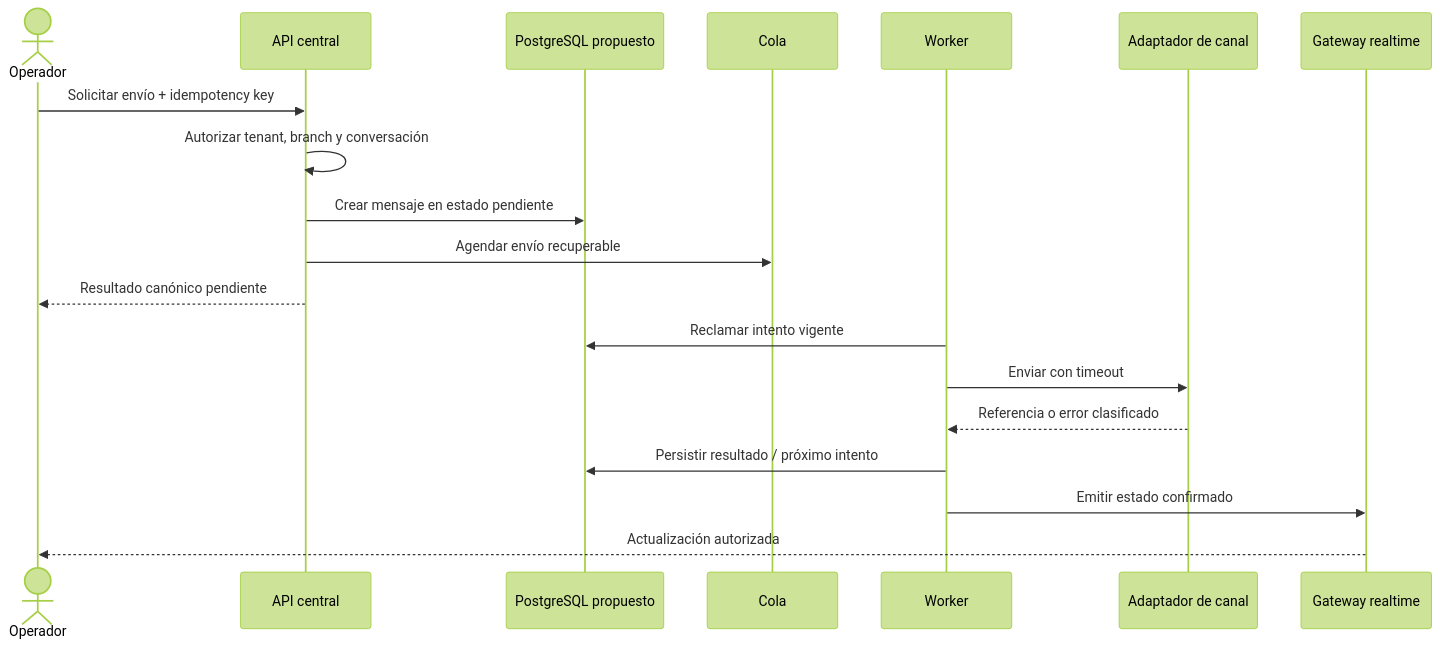
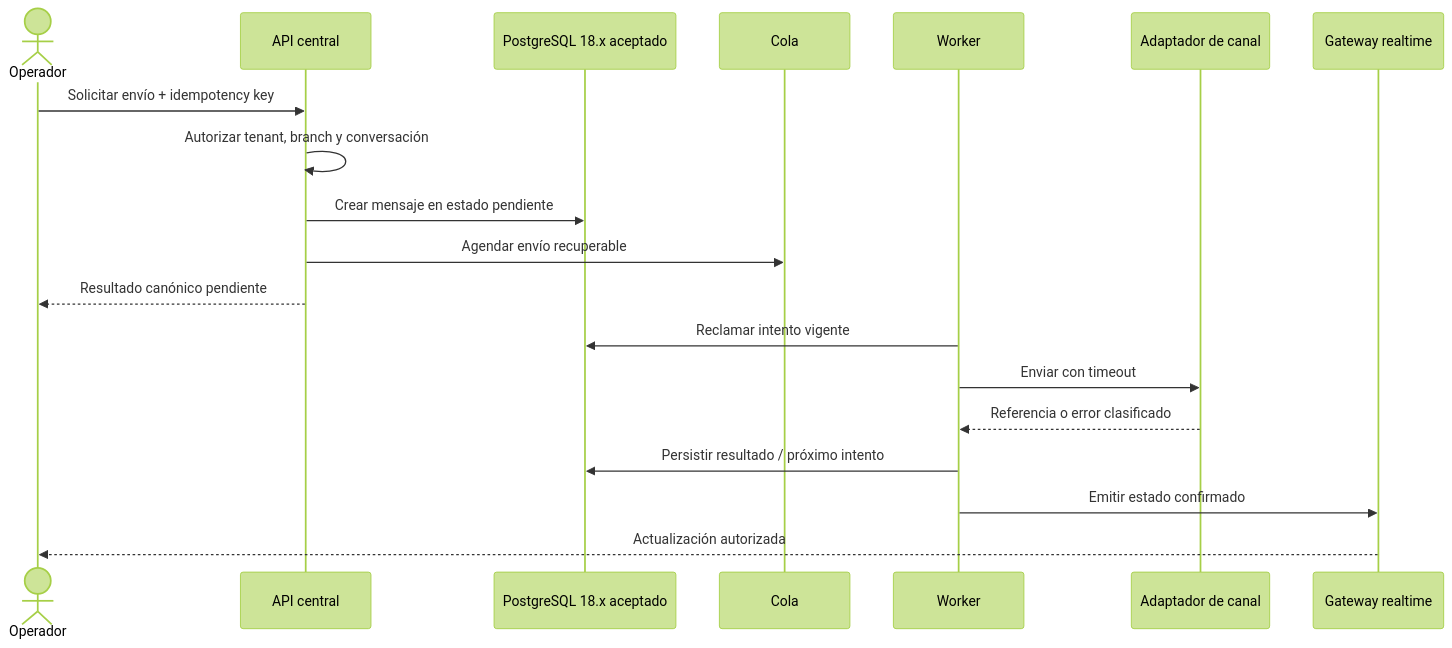
The second of 2 diagrams in docs/architecture/REALTIME_AND_MESSAGING.md (luisgtzaviles/SrTaller-2.0), drawn with Mermaid (forest theme) before and after one commit. The commit also changed other lines of this file and 54 other files, not shown here.

Commit message:
docs: accept PostgreSQL persistence baseline

````diff
--- a/docs/architecture/REALTIME_AND_MESSAGING.md
+++ b/docs/architecture/REALTIME_AND_MESSAGING.md
@@ -62,22 +62,22 @@
 ```mermaid
 sequenceDiagram
     actor User as Operador
     participant API as API central
-    participant DB as PostgreSQL propuesto
+    participant DB as PostgreSQL 18.x aceptado
     participant Queue as Cola
     participant Worker as Worker
     participant Adapter as Adaptador de canal
     participant RT as Gateway realtime
 
     User->>API: Solicitar envío + idempotency key
     API->>API: Autorizar tenant, branch y conversación
     API->>DB: Crear mensaje en estado pendiente
     API->>Queue: Agendar envío recuperable
     API-->>User: Resultado canónico pendiente
     Worker->>DB: Reclamar intento vigente
     Worker->>Adapter: Enviar con timeout
     Adapter-->>Worker: Referencia o error clasificado
     Worker->>DB: Persistir resultado / próximo intento
     Worker->>RT: Emitir estado confirmado
     RT-->>User: Actualización autorizada
 ```
````
